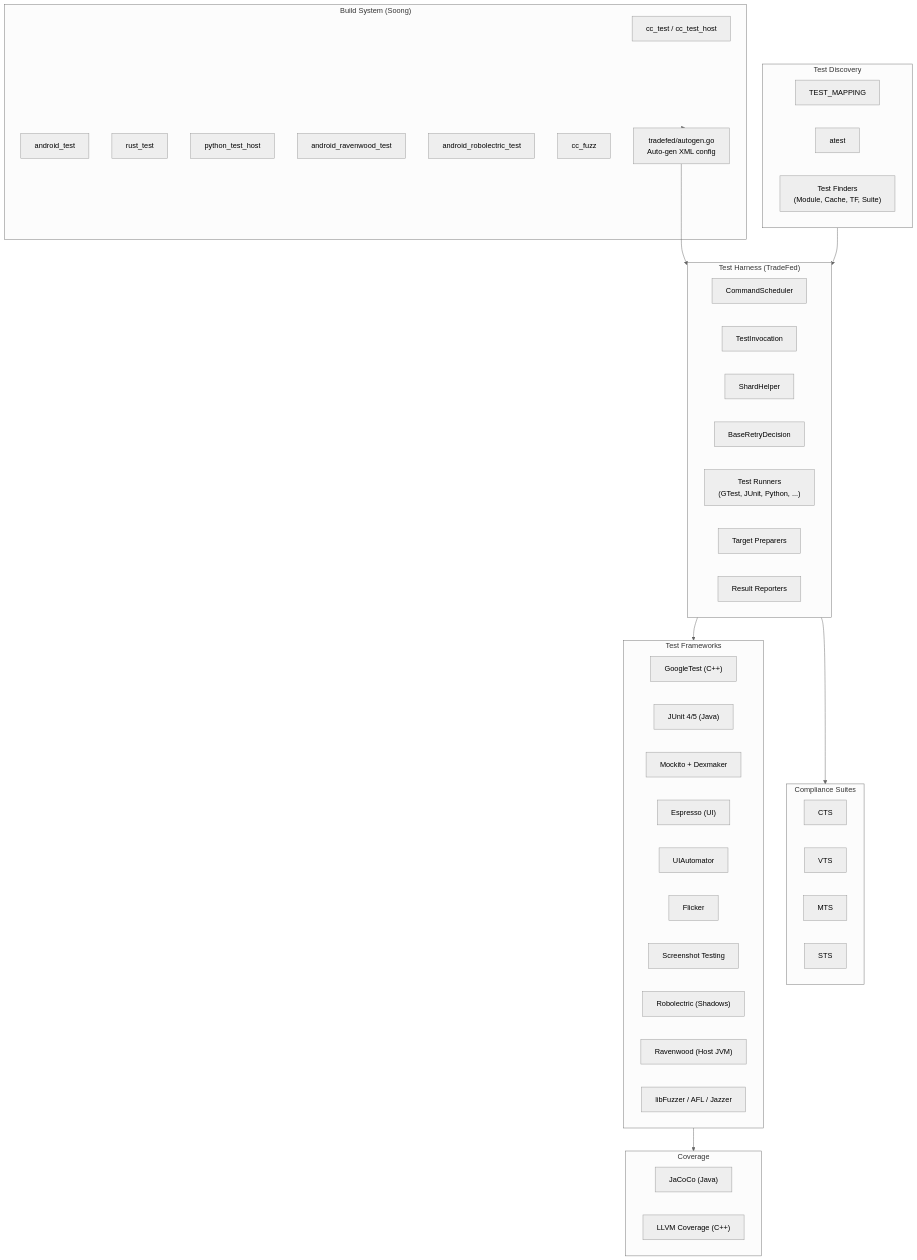
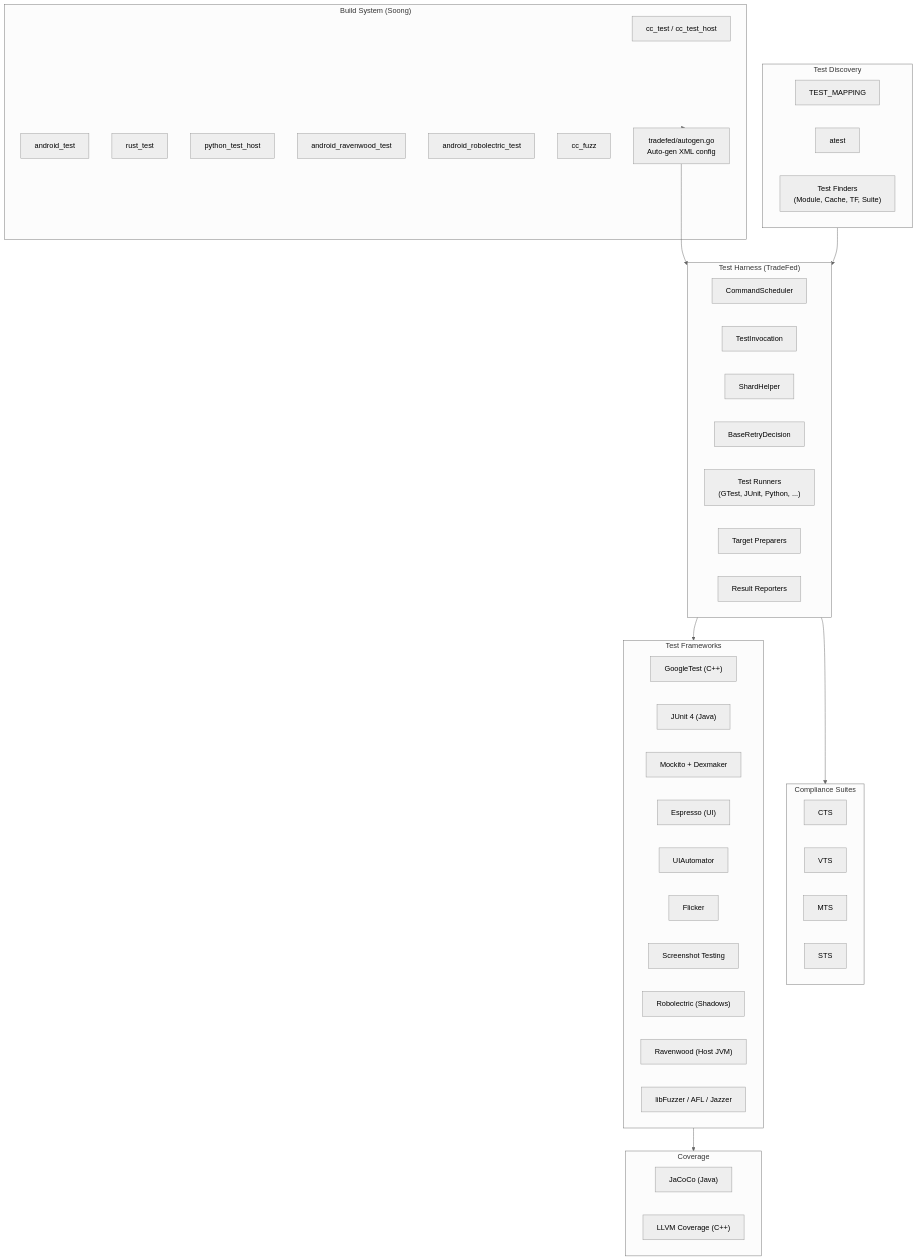
Diagram 29 of 29 in 57-testing.md (aospbooks/aosp-internal-book), drawn with Mermaid (neutral theme) before and after one commit. The commit also changed other lines of this file and 218 other files, not shown here.

````diff
--- a/57-testing.md
+++ b/57-testing.md
@@ -5614,61 +5671,61 @@
 ```mermaid
 graph TB
     subgraph BuildSystem["Build System (Soong)"]
         CCTest["cc_test / cc_test_host"]
         AndroidTest["android_test"]
         RustTest["rust_test"]
         PythonTest["python_test_host"]
         RavenTest["android_ravenwood_test"]
         RoboTest["android_robolectric_test"]
         CCFuzz["cc_fuzz"]
         Autogen["tradefed/autogen.go<br>Auto-gen XML config"]
     end
 
     subgraph Harness["Test Harness (TradeFed)"]
         Scheduler["CommandScheduler"]
         Invocation["TestInvocation"]
         Sharding["ShardHelper"]
         Retry["BaseRetryDecision"]
         Runners["Test Runners<br>(GTest, JUnit, Python, ...)"]
         Preparers["Target Preparers"]
         Reporters["Result Reporters"]
     end
 
     subgraph Discovery["Test Discovery"]
         TestMapping["TEST_MAPPING"]
         Atest["atest"]
         Finders["Test Finders<br>(Module, Cache, TF, Suite)"]
     end
 
     subgraph Suites["Compliance Suites"]
         CTS_S["CTS"]
         VTS_S["VTS"]
         MTS_S["MTS"]
         STS_S["STS"]
     end
 
     subgraph Frameworks["Test Frameworks"]
         GTest_F["GoogleTest (C++)"]
-        JUnit_F["JUnit 4/5 (Java)"]
+        JUnit_F["JUnit 4 (Java)"]
         Mockito_F["Mockito + Dexmaker"]
         Espresso_F["Espresso (UI)"]
         UIA_F["UIAutomator"]
         Flicker_F["Flicker"]
         Screenshot_F["Screenshot Testing"]
         Robolectric_F["Robolectric (Shadows)"]
         Ravenwood_F["Ravenwood (Host JVM)"]
         Fuzzing_F["libFuzzer / AFL / Jazzer"]
     end
 
     subgraph Coverage["Coverage"]
         JaCoCo_C["JaCoCo (Java)"]
         LLVM_C["LLVM Coverage (C++)"]
     end
 
     BuildSystem --> Autogen
     Autogen --> Harness
     Discovery --> Harness
     Harness --> Frameworks
     Harness --> Suites
     Frameworks --> Coverage
 ```
````
